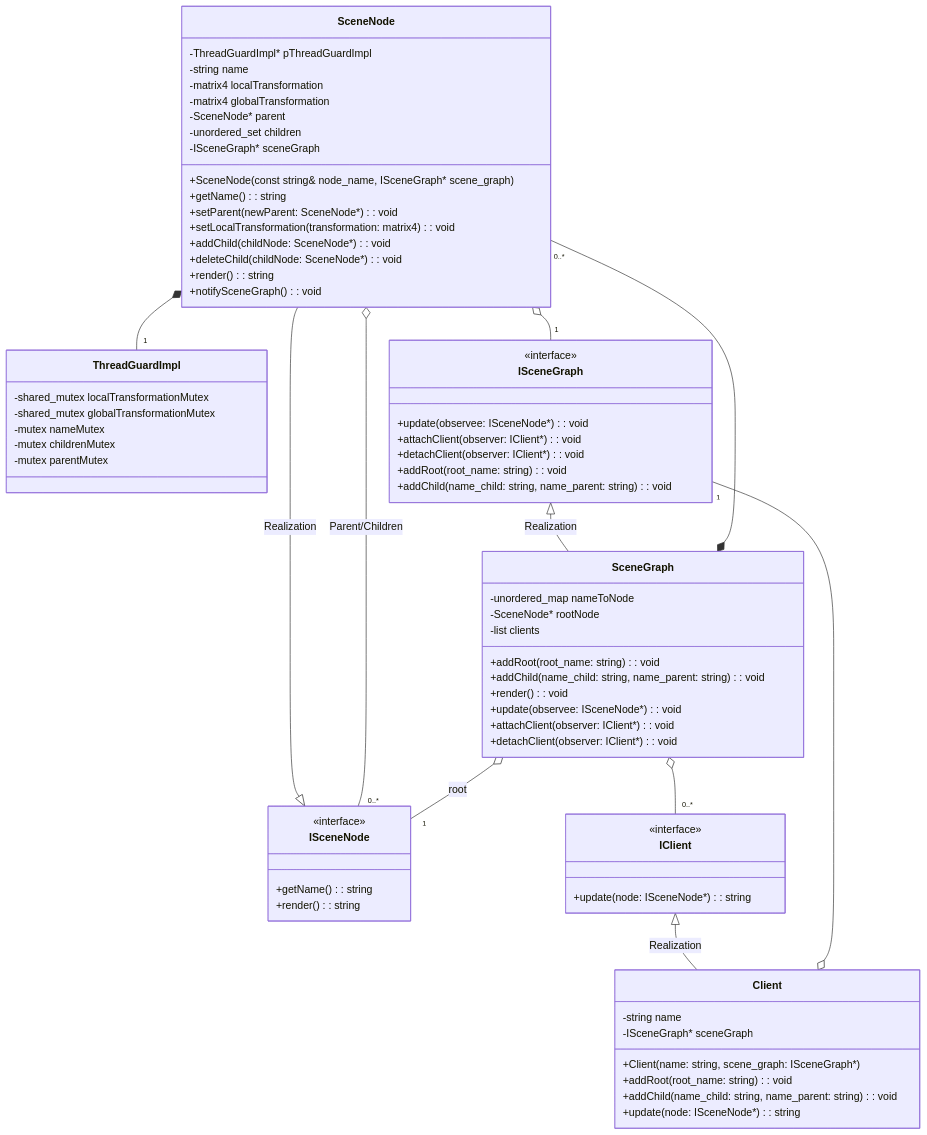
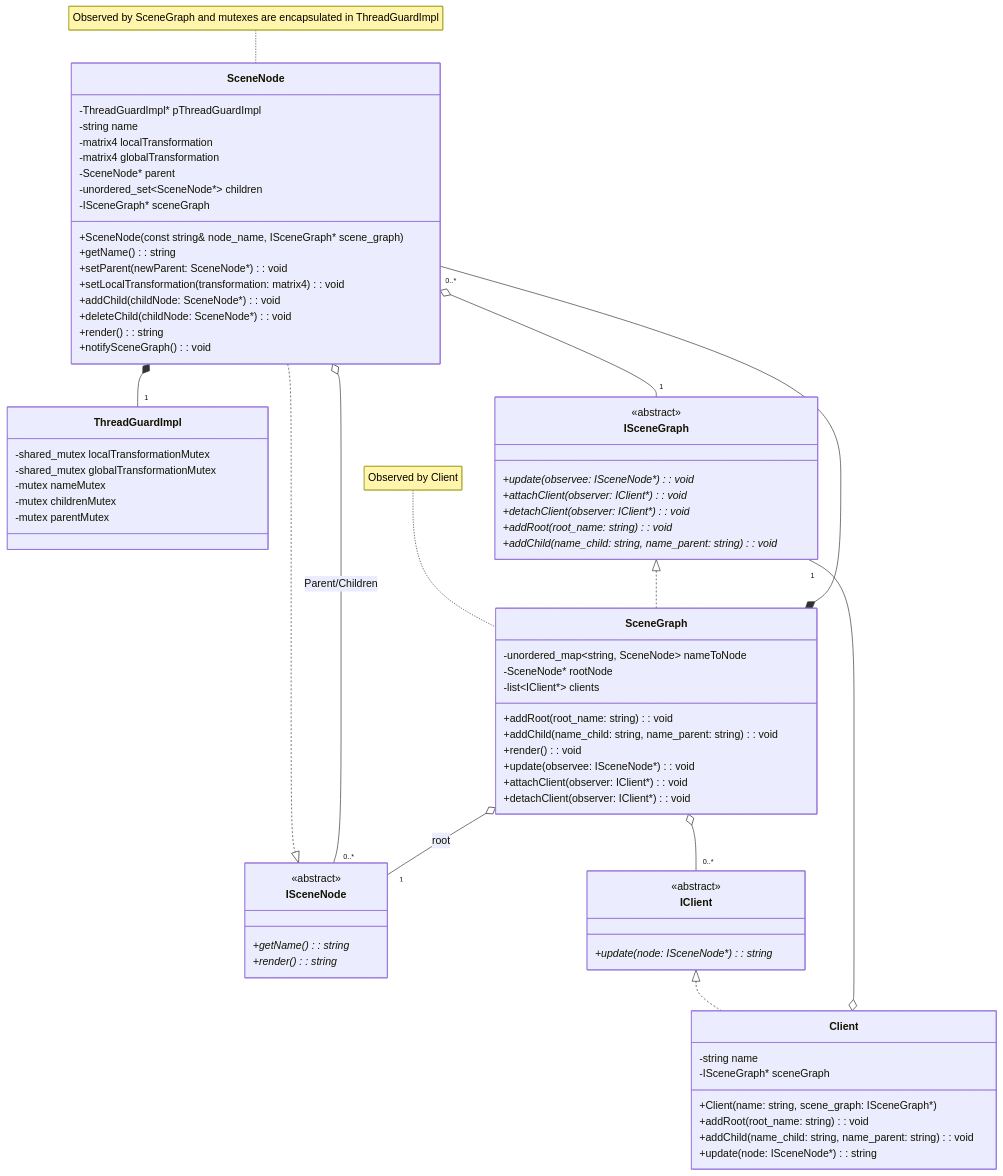
Before and after one commit to omarekik/SceneGraph: the diagram in diagrams/class diagram.md, drawn with Mermaid. The commit also changed 11 other files, not shown here.

````diff
--- a/diagrams/class diagram.md
+++ b/diagrams/class diagram.md
@@ -1,75 +1,77 @@
 ```mermaid
 classDiagram
+    note for SceneNode "Observed by SceneGraph and mutexes are encapsulated in ThreadGuardImpl"
+    note for SceneGraph "Observed by Client"
     class ISceneNode {
-        <<interface>> 
-        +getName(): string
-        +render(): string
+        <<abstract>> 
+        +getName()*: string
+        +render()*: string
     }
     class SceneNode {
         -ThreadGuardImpl* pThreadGuardImpl
         -string name
         -matrix4 localTransformation
         -matrix4 globalTransformation
         -SceneNode* parent
-        -unordered_set<SceneNode*> children
+        -unordered_set~SceneNode*~ children
         -ISceneGraph* sceneGraph
         +SceneNode(const string& node_name, ISceneGraph* scene_graph)
         +getName(): string
         +setParent(newParent: SceneNode*): void
         +setLocalTransformation(transformation: matrix4): void
         +addChild(childNode: SceneNode*): void
         +deleteChild(childNode: SceneNode*): void
         +render(): string
         +notifySceneGraph(): void
     }
     class ThreadGuardImpl {
         -shared_mutex localTransformationMutex
         -shared_mutex globalTransformationMutex
         -mutex nameMutex
         -mutex childrenMutex
         -mutex parentMutex
     }
     class ISceneGraph {
-        <<interface>> 
-        +update(observee: ISceneNode*): void
-        +attachClient(observer: IClient*): void
-        +detachClient(observer: IClient*): void
-        +addRoot(root_name: string): void
-        +addChild(name_child: string, name_parent: string): void
+        <<abstract>> 
+        +update(observee: ISceneNode*)*: void
+        +attachClient(observer: IClient*)*: void
+        +detachClient(observer: IClient*)*: void
+        +addRoot(root_name: string)*: void
+        +addChild(name_child: string, name_parent: string)*: void
     }
     class SceneGraph {
-        -unordered_map<string, SceneNode> nameToNode
+        -unordered_map~string, SceneNode~ nameToNode
         -SceneNode* rootNode
-        -list<IClient*> clients
+        -list~IClient*~ clients
         +addRoot(root_name: string): void
         +addChild(name_child: string, name_parent: string): void
         +render(): void
         +update(observee: ISceneNode*): void
         +attachClient(observer: IClient*): void
         +detachClient(observer: IClient*): void
     }
     class IClient {
-        <<interface>> 
-        +update(node: ISceneNode*): string
+        <<abstract>> 
+        +update(node: ISceneNode*)*: string
     }
     class Client {
         -string name
         -ISceneGraph* sceneGraph
         +Client(name: string, scene_graph: ISceneGraph*)
         +addRoot(root_name: string): void
         +addChild(name_child: string, name_parent: string): void
         +update(node: ISceneNode*): string
     }
     
-    SceneNode --|> ISceneNode: Realization
+    SceneNode ..|> ISceneNode
     SceneNode *-- "1" ThreadGuardImpl
     SceneNode o-- "0..*" ISceneNode: Parent/Children
     SceneNode o-- "1" ISceneGraph
-    ISceneGraph <|-- SceneGraph: Realization
+    ISceneGraph <|.. SceneGraph
     SceneGraph *-- "0..*" SceneNode
     SceneGraph o-- "1" ISceneNode: root
     SceneGraph o-- "0..*" IClient
-    IClient <|-- Client: Realization
+    IClient <|.. Client
     Client o-- "1" ISceneGraph
 
 ```
````
